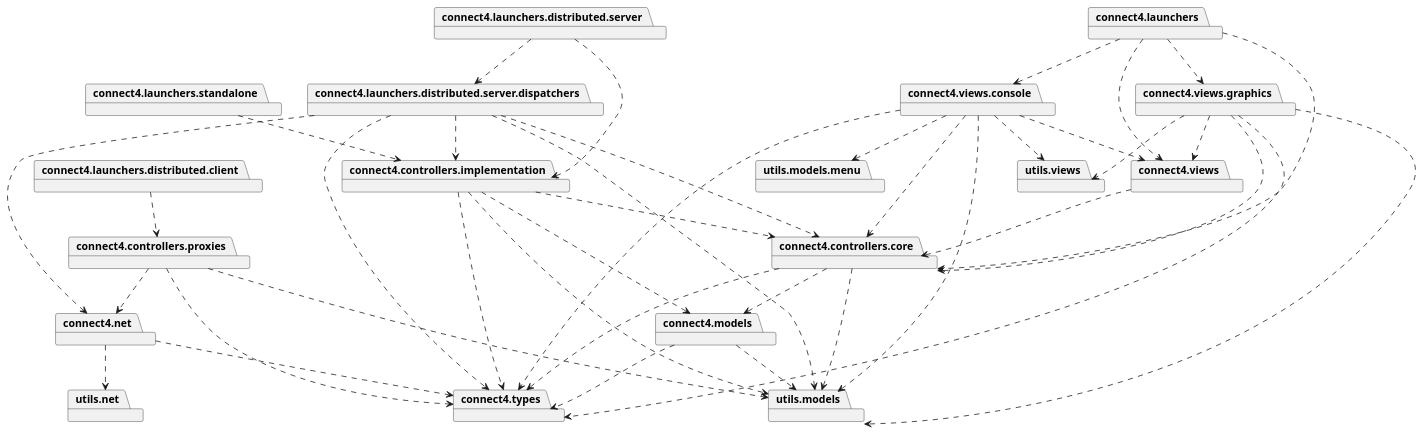
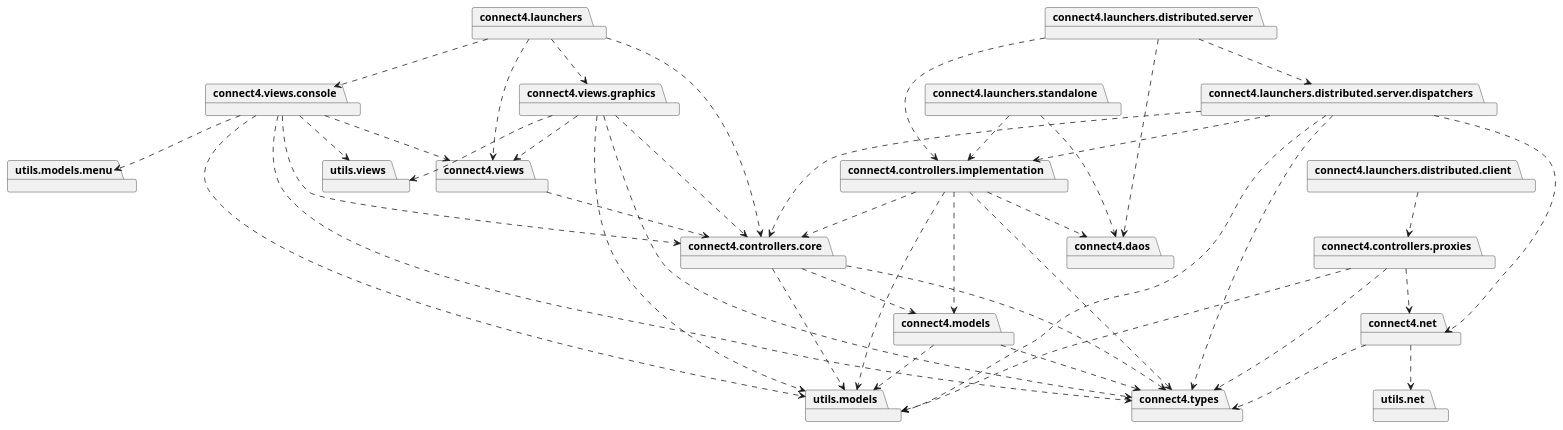
One commit to js-rom/connect4 changed the diagram in connect4/Docs/diagrams/src/packages/packageDiagramDistributed.plantuml. Above: the diagram before and after it, drawn with PlantUML. The commit also changed 14 other files, not shown here.

```diff
--- a/connect4/Docs/diagrams/src/packages/packageDiagramDistributed.plantuml
+++ b/connect4/Docs/diagrams/src/packages/packageDiagramDistributed.plantuml
@@ -1,76 +1,81 @@
 @startuml
 
 package connect4.launchers
 package connect4.controllers.core
 package connect4.views
 package connect4.views.graphics
 package connect4.views.console
 
 connect4.launchers ..> connect4.controllers.core
 connect4.launchers ..> connect4.views
 connect4.launchers ..> connect4.views.console
 connect4.launchers ..> connect4.views.graphics
 
 package connect4.launchers.standalone
 package connect4.controllers.implementation
 connect4.launchers.standalone ..> connect4.controllers.implementation
 
 package connect4.launchers.distributed.client
 package connect4.controllers.proxies
 connect4.launchers.distributed.client ..> connect4.controllers.proxies
 
 package connect4.launchers.distributed.server
 package connect4.launchers.distributed.server.dispatchers
 connect4.launchers.distributed.server ..> connect4.launchers.distributed.server.dispatchers
 connect4.launchers.distributed.server ..> connect4.controllers.implementation
 package connect4.types
 package utils.models
 package connect4.controllers.core
 connect4.launchers.distributed.server.dispatchers ..> connect4.controllers.implementation
 connect4.launchers.distributed.server.dispatchers ..> connect4.types
 connect4.launchers.distributed.server.dispatchers ..> utils.models
 connect4.launchers.distributed.server.dispatchers ..> connect4.controllers.core
 package connect4.net
 connect4.launchers.distributed.server.dispatchers ..> connect4.net
+package connect4.daos
+connect4.launchers.distributed.server ..> connect4.daos
+connect4.launchers.standalone ..> connect4.daos
+connect4.controllers.implementation ..> connect4.daos
+
 
 package connect4.models
 connect4.models ..> connect4.types
 connect4.models ..> utils.models
 
 
 connect4.net ..> connect4.types
 package utils.net
 connect4.net ..> utils.net
 
 package connect4.controllers.core
 connect4.controllers.core ..> connect4.types
 connect4.controllers.core ..> connect4.models
 connect4.controllers.core ..> utils.models
 
 connect4.controllers.implementation ..> connect4.controllers.core
 connect4.controllers.implementation ..> connect4.models
 connect4.controllers.implementation ..> connect4.types
 connect4.controllers.implementation ..> utils.models
 
 connect4.controllers.proxies ..> connect4.types
 connect4.controllers.proxies ..> connect4.net
 connect4.controllers.proxies ..> utils.models
 
 connect4.views ..> connect4.controllers.core
 connect4.views.console ..> connect4.controllers.core
 connect4.views.console ..> connect4.views
 package utils.views
 connect4.views.console ..> utils.views
 connect4.views.console ..> connect4.types
 connect4.views.console ..> utils.models
 package utils.models.menu
 connect4.views.console ..> utils.models.menu
 
 connect4.views.graphics ..> connect4.controllers.core
 connect4.views.graphics ..> connect4.types
 connect4.views.graphics ..> utils.models
 connect4.views.graphics ..> connect4.views
 connect4.views.graphics ..> utils.views
 
 
 @enduml
```
